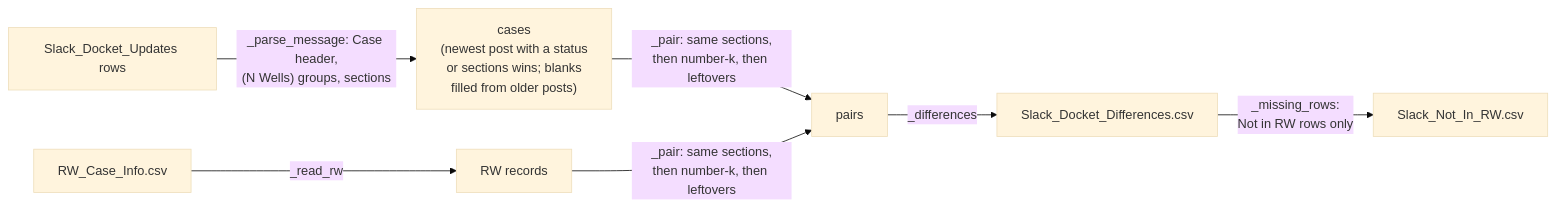
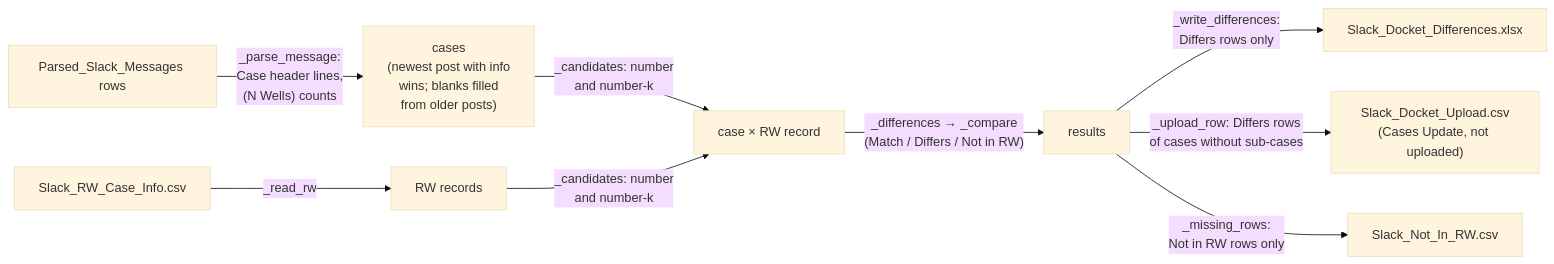
The tenth of 11 diagrams in docs/ARCHITECTURE.md (GMSthesecond/phx_cpp), drawn with Mermaid (base theme) before and after one commit. The commit also changed other lines of this file and 18 other files, not shown here.

````diff
--- a/docs/ARCHITECTURE.md
+++ b/docs/ARCHITECTURE.md
@@ -525,8 +527,10 @@
 ```mermaid
 flowchart LR
-    msgs["Slack_Docket_Updates rows"] -->|"_parse_message: Case header,<br/>(N Wells) groups, sections"| cases["cases<br/>(newest post with a status<br/>or sections wins; blanks<br/>filled from older posts)"]
-    report["RW_Case_Info.csv"] -->|"_read_rw"| rw["RW records"]
-    cases & rw -->|"_pair: same sections,<br/>then number-k, then leftovers"| pairs["pairs"]
-    pairs -->|"_differences"| out["Slack_Docket_Differences.csv"]
-    out -->|"_missing_rows:<br/>Not in RW rows only"| missing["Slack_Not_In_RW.csv"]
+    msgs["Parsed_Slack_Messages rows"] -->|"_parse_message:<br/>Case header lines,<br/>(N Wells) counts"| cases["cases<br/>(newest post with info<br/>wins; blanks filled<br/>from older posts)"]
+    report["Slack_RW_Case_Info.csv"] -->|"_read_rw"| rw["RW records"]
+    cases & rw -->|"_candidates: number<br/>and number-k"| pairs["case × RW record"]
+    pairs -->|"_differences → _compare<br/>(Match / Differs / Not in RW)"| results["results"]
+    results -->|"_write_differences:<br/>Differs rows only"| out["Slack_Docket_Differences.xlsx"]
+    results -->|"_upload_row: Differs rows<br/>of cases without sub-cases"| upload["Slack_Docket_Upload.csv<br/>(Cases Update, not uploaded)"]
+    results -->|"_missing_rows:<br/>Not in RW rows only"| missing["Slack_Not_In_RW.csv"]
 ```
````
